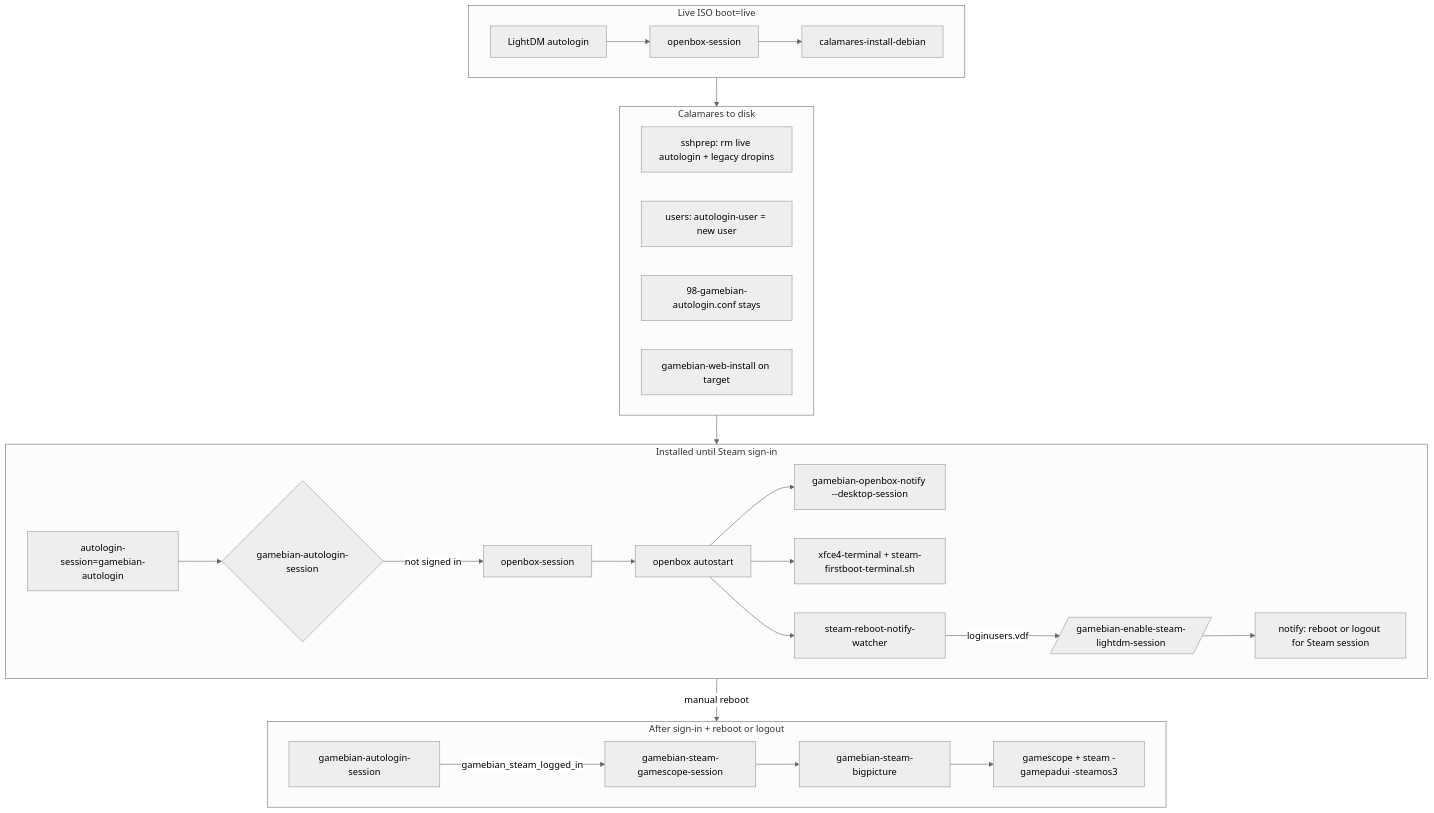
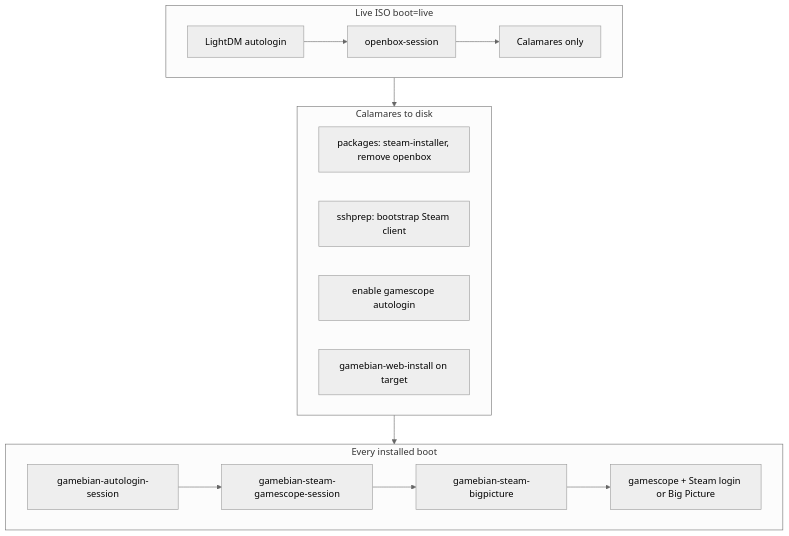
One commit to GamebianOS/GamebianOS changed the diagram in README.md. Above: the diagram before and after it, drawn with Mermaid (neutral theme). The commit also changed other lines of this file and 197 other files, not shown here.

````diff
--- a/README.md
+++ b/README.md
@@ -258,37 +228,24 @@
 ```mermaid
 flowchart TD
   subgraph live [Live ISO boot=live]
     LDM[LightDM autologin]
     LDM --> OB_L[openbox-session]
-    OB_L --> CAL[calamares-install-debian]
+    OB_L --> CAL[Calamares only]
   end
 
   subgraph install [Calamares to disk]
-    SSH[sshprep: rm live autologin + legacy dropins]
-    USR[users: autologin-user = new user]
-    L98[98-gamebian-autologin.conf stays]
+    PKG[packages: steam-installer, remove openbox]
+    SSH[sshprep: bootstrap Steam client]
+    EN[enable gamescope autologin]
     WEB[gamebian-web-install on target]
   end
 
-  subgraph disk1 [Installed until Steam sign-in]
-    AL[autologin-session=gamebian-autologin]
-    AL --> DISP{gamebian-autologin-session}
-    DISP -->|not signed in| OB1[openbox-session]
-    OB1 --> AS[openbox autostart]
-    AS --> WEL[gamebian-openbox-notify --desktop-session]
-    AS --> TERM[xfce4-terminal + steam-firstboot-terminal.sh]
-    AS --> WATCH[steam-reboot-notify-watcher]
-    WATCH -->|loginusers.vdf| EN[/gamebian-enable-steam-lightdm-session/]
-    EN --> HINT[notify: reboot or logout for Steam session]
+  subgraph disk [Every installed boot]
+    AL[gamebian-autologin-session]
+    AL --> GS[gamebian-steam-gamescope-session]
+    GS --> BP[gamebian-steam-bigpicture]
+    BP --> GSCOPE[gamescope + Steam login or Big Picture]
   end
 
-  subgraph disk2 [After sign-in + reboot or logout]
-    AL2[gamebian-autologin-session]
-    AL2 -->|gamebian_steam_logged_in| GS[gamebian-steam-gamescope-session]
-    GS --> BP[gamebian-steam-bigpicture]
-    BP --> GSCOPE[gamescope + steam -gamepadui -steamos3]
-  end
-
-  live --> install --> disk1
-  disk1 -->|manual reboot| disk2
+  live --> install --> disk
 ```
````
